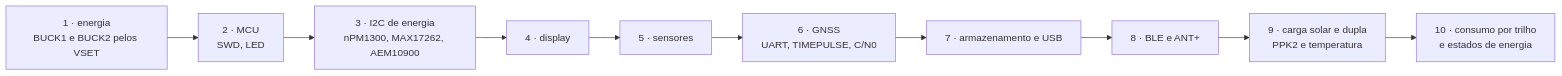
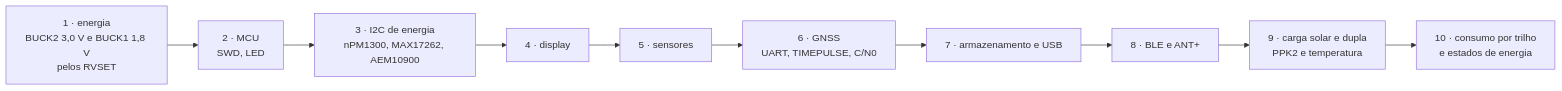
One commit to Guiimartinho/gnss-bike-computer changed the third of 3 diagrams in docs/14-hardware-placa-nova.md. Above: the diagram before and after it, drawn with Mermaid. The commit also changed other lines of this file and 13 other files, not shown here.

````diff
--- a/docs/14-hardware-placa-nova.md
+++ b/docs/14-hardware-placa-nova.md
@@ -275,12 +330,12 @@
 ```mermaid
 flowchart LR
-    A["1 · energia<br/>BUCK1 e BUCK2 pelos VSET"] --> B["2 · MCU<br/>SWD, LED"]
+    A["1 · energia<br/>BUCK2 3,0 V e BUCK1 1,8 V<br/>pelos RVSET"] --> B["2 · MCU<br/>SWD, LED"]
     B --> C["3 · I2C de energia<br/>nPM1300, MAX17262, AEM10900"]
     C --> D["4 · display"]
     D --> E["5 · sensores"]
     E --> F["6 · GNSS<br/>UART, TIMEPULSE, C/N0"]
     F --> G["7 · armazenamento e USB"]
     G --> H["8 · BLE e ANT+"]
     H --> I["9 · carga solar e dupla<br/>PPK2 e temperatura"]
     I --> J["10 · consumo por trilho<br/>e estados de energia"]
 ```
````
